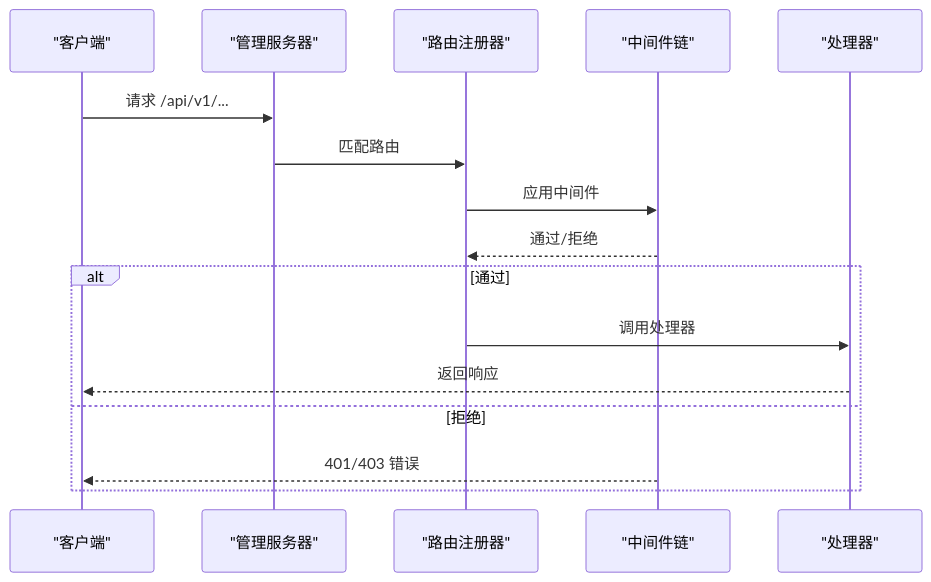
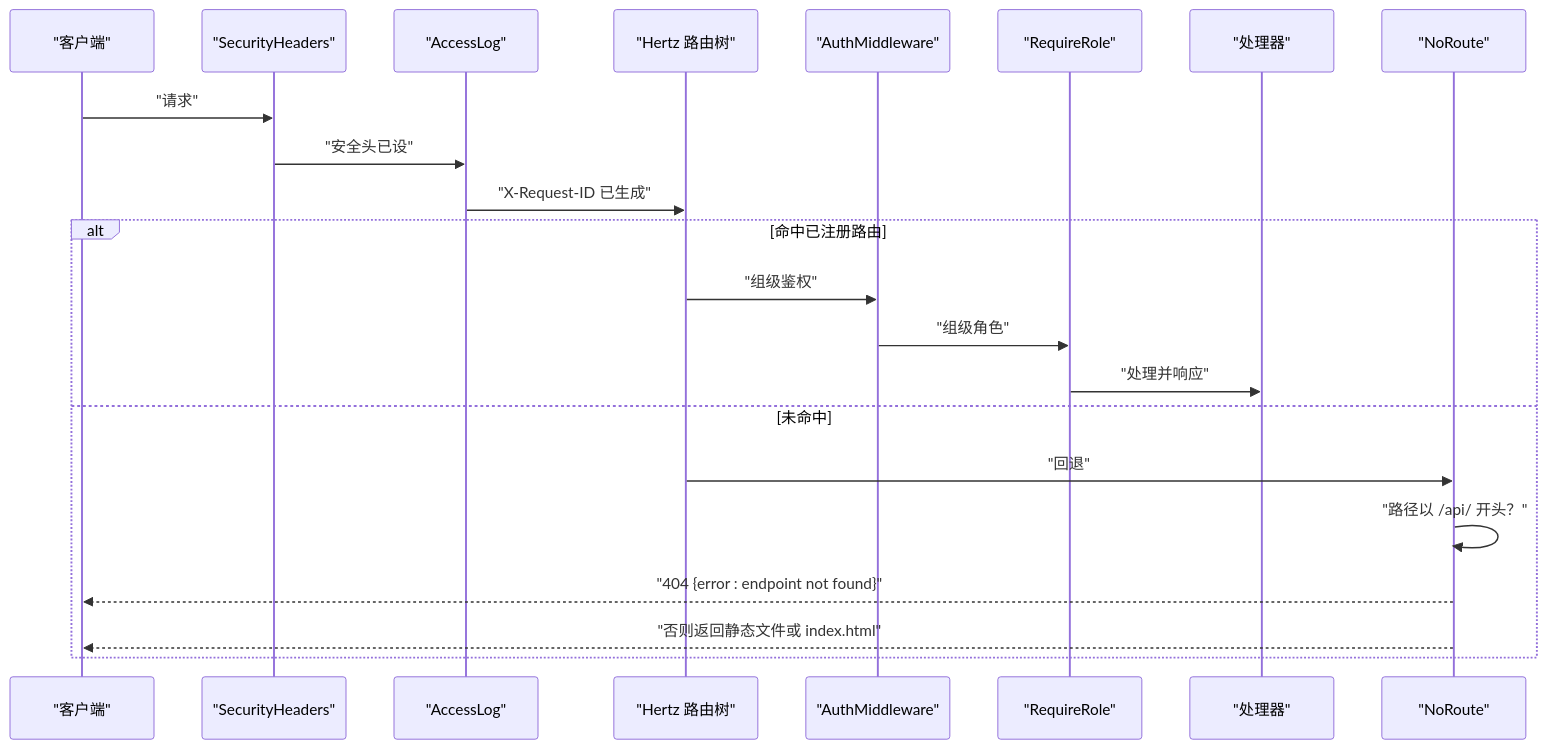
The third of 5 diagrams in docs/管理 API 系统/REST API 设计规范/路由设计规范.md (x01n/My-OpenWaf), drawn with Mermaid before and after one commit. The commit also changed other lines of this file and 622 other files, not shown here.

````diff
--- a/docs/管理 API 系统/REST API 设计规范/路由设计规范.md
+++ b/docs/管理 API 系统/REST API 设计规范/路由设计规范.md
@@ -88,18 +152,24 @@
 ```mermaid
 sequenceDiagram
-participant Client as "客户端"
-participant Admin as "管理服务器"
-participant Router as "路由注册器"
-participant MW as "中间件链"
-participant Handler as "处理器"
-Client->>Admin : 请求 /api/v1/...
-Admin->>Router : 匹配路由
-Router->>MW : 应用中间件
-MW-->>Router : 通过/拒绝
-alt 通过
-Router->>Handler : 调用处理器
-Handler-->>Client : 返回响应
-else 拒绝
-MW-->>Client : 401/403 错误
+participant C as "客户端"
+participant SH as "SecurityHeaders"
+participant AL as "AccessLog"
+participant Tree as "Hertz 路由树"
+participant AM as "AuthMiddleware"
+participant RR as "RequireRole"
+participant HD as "处理器"
+participant NR as "NoRoute"
+C->>SH : "请求"
+SH->>AL : "安全头已设"
+AL->>Tree : "X-Request-ID 已生成"
+alt 命中已注册路由
+Tree->>AM : "组级鉴权"
+AM->>RR : "组级角色"
+RR->>HD : "处理并响应"
+else 未命中
+Tree->>NR : "回退"
+NR->>NR : "路径以 /api/ 开头？"
+NR-->>C : "404 {error : endpoint not found}"
+NR-->>C : "否则返回静态文件或 index.html"
 end
 ```
````
